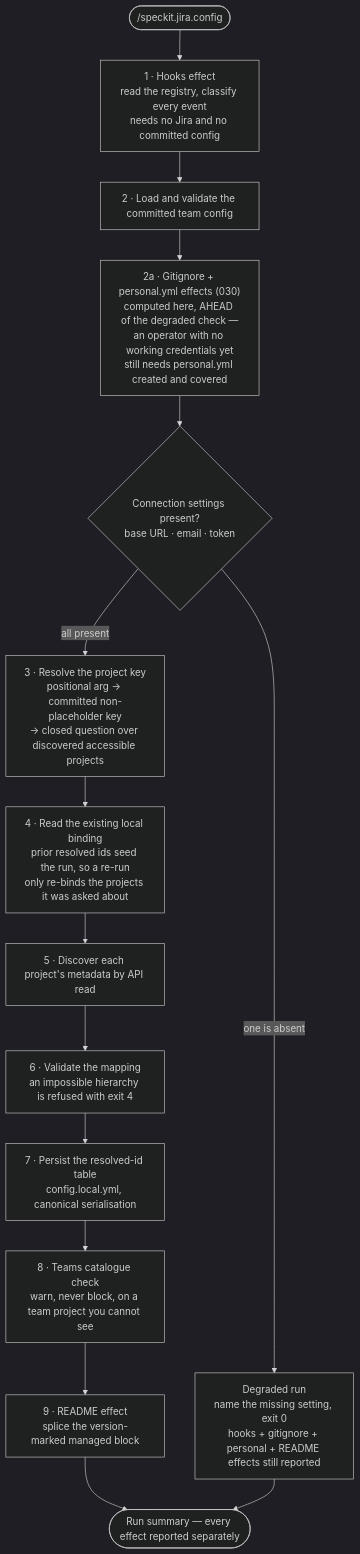
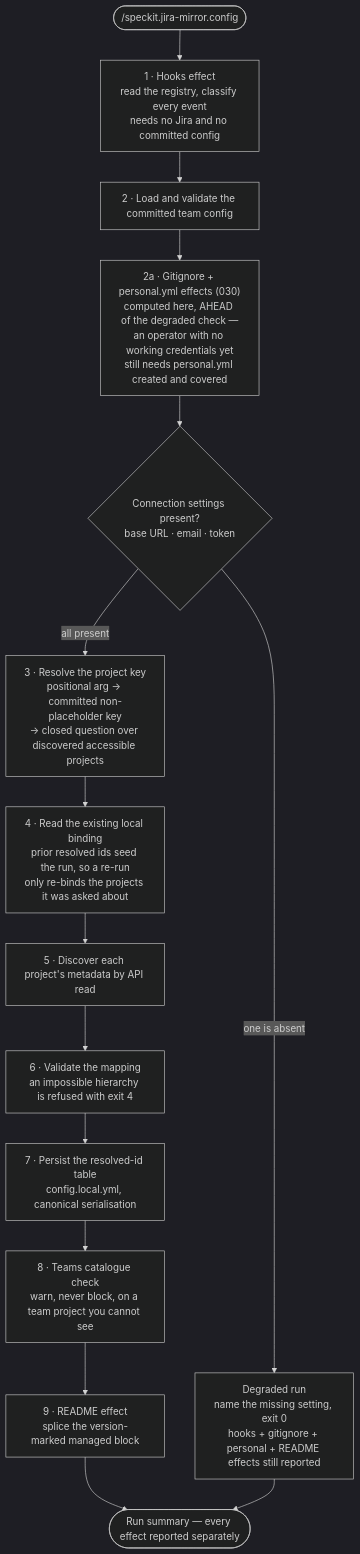
One commit to Fyloss/spec-kit-jira changed the first of 8 diagrams in docs/04-config-ceremony.md. Above: the diagram before and after it, drawn with Mermaid (dark theme). The commit also changed other lines of this file and 104 other files, not shown here.

First line of the commit message:
feat!: rename the extension id, commands, and repository to jira-mirror (#57)

````diff
--- a/docs/04-config-ceremony.md
+++ b/docs/04-config-ceremony.md
@@ -9,20 +9,20 @@
 ```mermaid
 flowchart TD
-    Start(["/speckit.jira.config"]) --> Hooks["1 · Hooks effect<br/>read the registry, classify every event<br/>needs no Jira and no committed config"]
+    Start(["/speckit.jira-mirror.config"]) --> Hooks["1 · Hooks effect<br/>read the registry, classify every event<br/>needs no Jira and no committed config"]
     Hooks --> Load["2 · Load and validate the committed team config"]
     Load --> GitignorePersonal["2a · Gitignore + personal.yml effects (030)<br/>computed here, AHEAD of the degraded check —<br/>an operator with no working credentials yet<br/>still needs personal.yml created and covered"]
     GitignorePersonal --> Degraded{"Connection settings present?<br/>base URL · email · token"}
 
     Degraded -->|"one is absent"| Report["Degraded run<br/>name the missing setting, exit 0<br/>hooks + gitignore + personal + README effects still reported"]
     Degraded -->|"all present"| Key["3 · Resolve the project key<br/>positional arg → committed non-placeholder key<br/>→ closed question over discovered accessible projects"]
 
     Key --> Seed["4 · Read the existing local binding<br/>prior resolved ids seed the run, so a re-run<br/>only re-binds the projects it was asked about"]
     Seed --> Discover["5 · Discover each project's metadata by API read"]
     Discover --> Validate["6 · Validate the mapping<br/>an impossible hierarchy is refused with exit 4"]
     Validate --> Persist["7 · Persist the resolved-id table<br/>config.local.yml, canonical serialisation"]
 
     Persist --> Teams["8 · Teams catalogue check<br/>warn, never block, on a team project you cannot see"]
     Teams --> Readme["9 · README effect<br/>splice the version-marked managed block"]
     Readme --> Summary(["Run summary — every effect reported separately"])
     Report --> Summary
 ```
````
